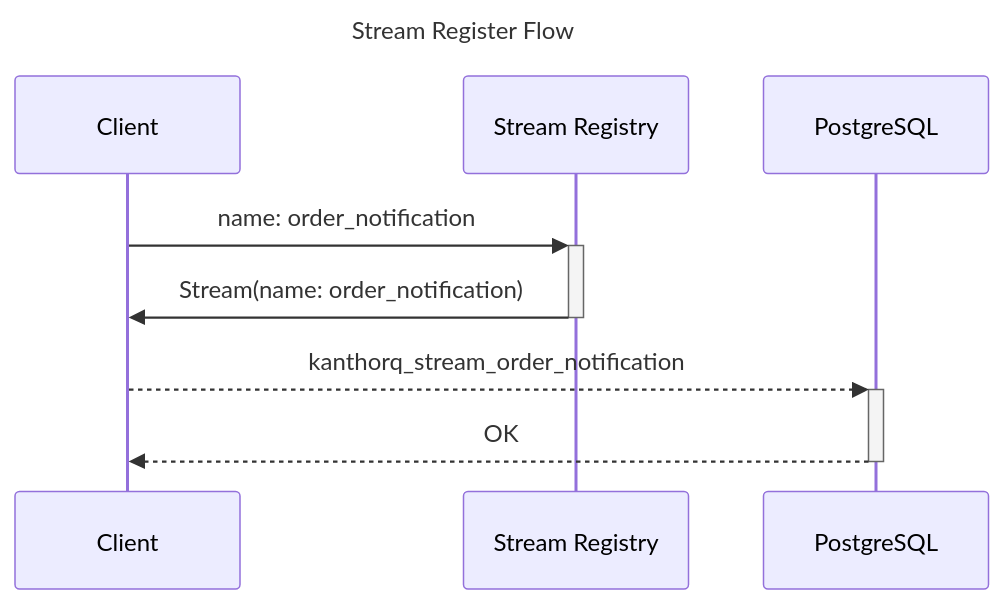
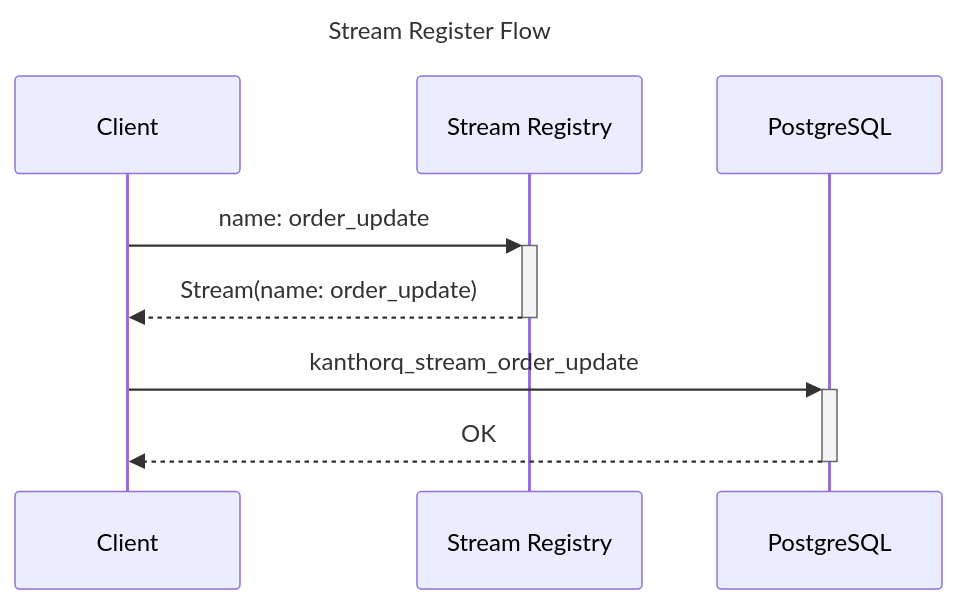
The second of 2 diagrams in website/docs/concepts/002-stream.md (kanthorlabs/kanthorq), drawn with Mermaid before and after one commit. The commit also changed other lines of this file and 4 other files, not shown here.

````diff
--- a/website/docs/concepts/002-stream.md
+++ b/website/docs/concepts/002-stream.md
@@ -32,11 +32,11 @@
 ```mermaid
 ---
 title: Stream Register Flow
 ---
 sequenceDiagram
-  Client ->> +Stream Registry: name: order_notification
-  Stream Registry ->> -Client: Stream(name: order_notification)
+  Client ->> +Stream Registry: name: order_update
+  Stream Registry -->> -Client: Stream(name: order_update)
 
-  Client -->> +PostgreSQL: kanthorq_stream_order_notification
+  Client ->> +PostgreSQL: kanthorq_stream_order_update
   PostgreSQL -->> -Client: OK
 ```
````
